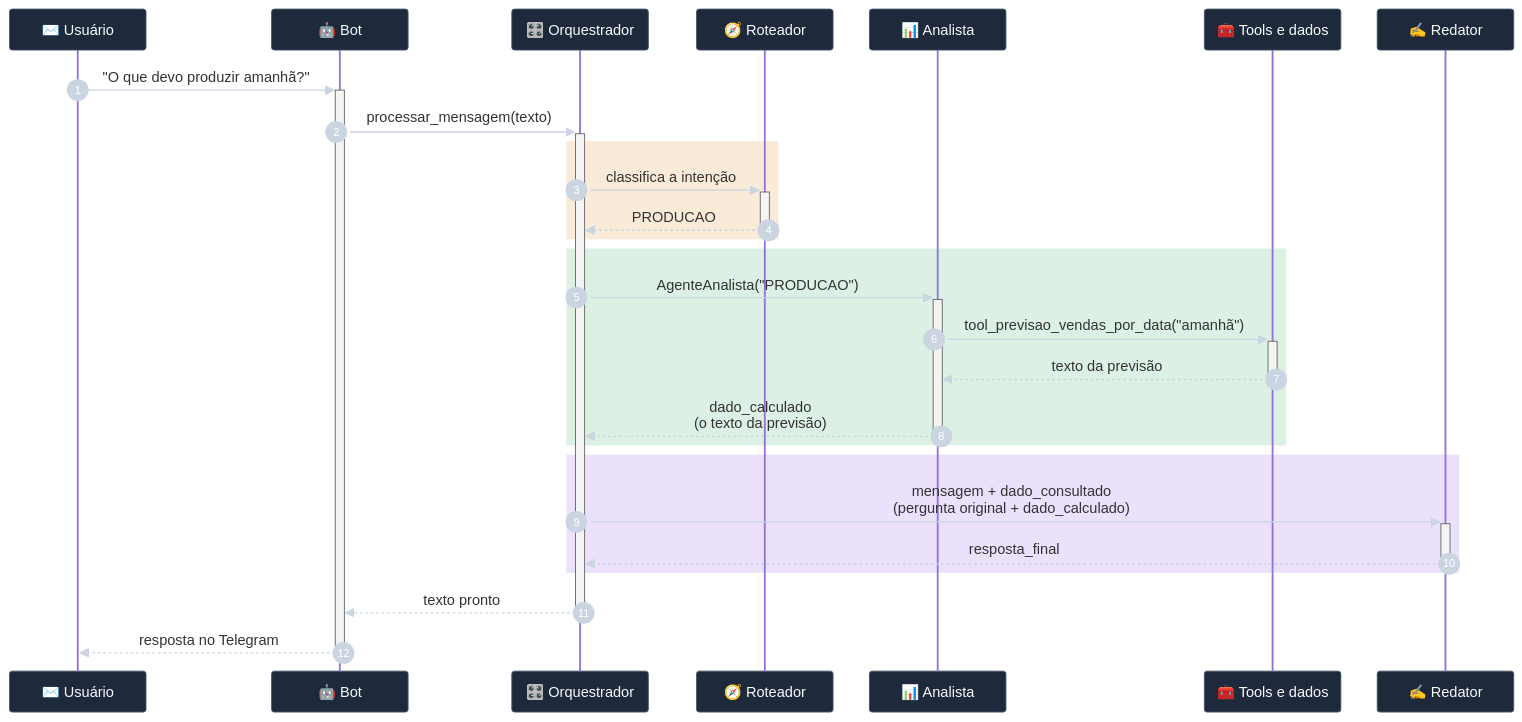
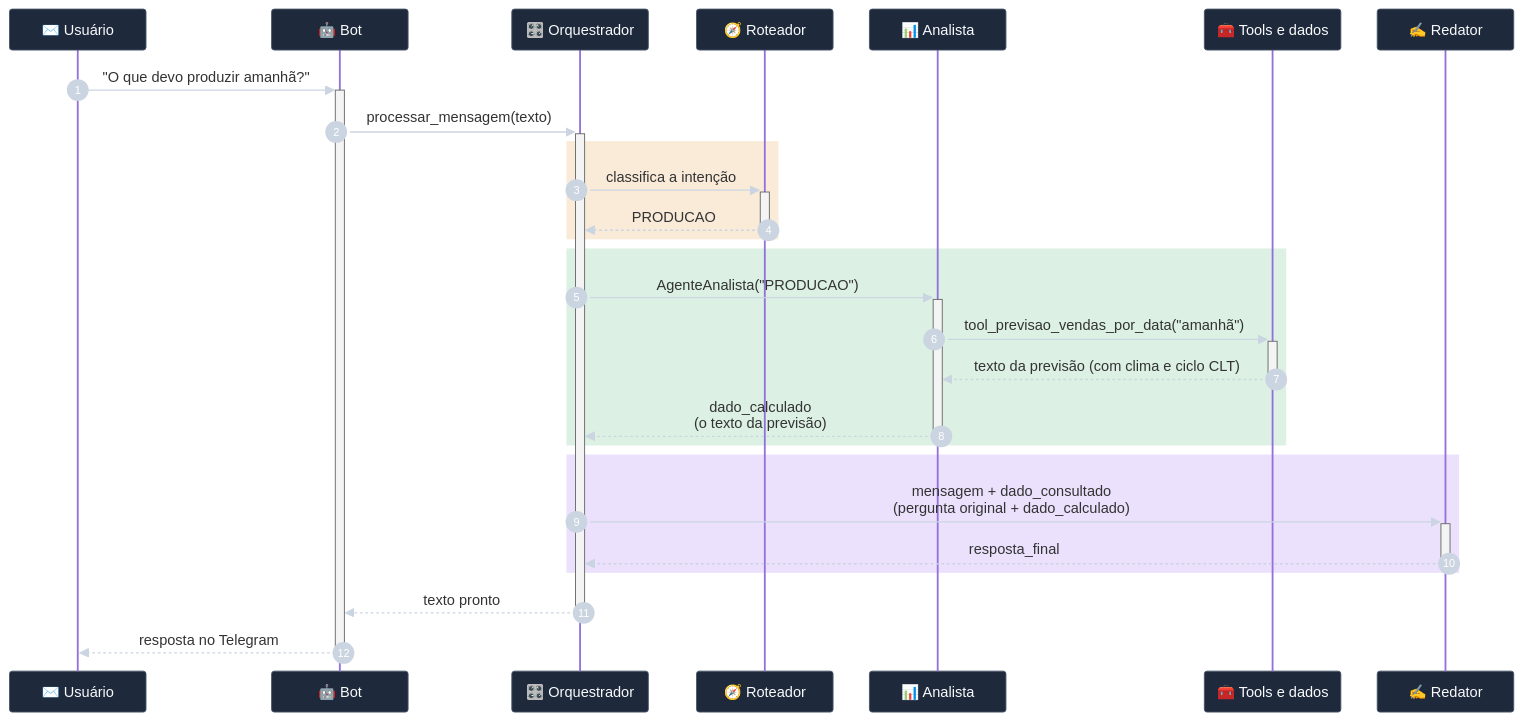
Before and after one commit to McLorem-Tecnologia/api-1-semestre-2026: the fourth of 4 diagrams in docs/cliente/tecnico/Arquitetura.md, drawn with Mermaid. The commit also changed other lines of this file and 8 other files, not shown here.

````diff
--- a/docs/cliente/tecnico/Arquitetura.md
+++ b/docs/cliente/tecnico/Arquitetura.md
@@ -400,44 +434,44 @@
 ```mermaid
 %%{init: {
   'sequence': {'mirrorActors': true, 'showSequenceNumbers': true, 'actorMargin': 40, 'messageMargin': 40, 'noteMargin': 10, 'width': 150, 'height': 45},
   'themeVariables': {
     'fontSize': '15px',
     'fontFamily': 'Inter, sans-serif',
     'actorBkg': '#1e293b', 'actorBorder': '#475569', 'actorTextColor': '#f8fafc',
     'signalColor': '#cbd5e1', 'sequenceNumberColor': '#ffffff'
   }
 }}%%
 sequenceDiagram
     autonumber
 
     participant U as ✉️ Usuário
     participant Bot as 🤖 Bot
     participant Msg as 🎛️ Orquestrador
     participant Rot as 🧭 Roteador
     participant Ana as 📊 Analista
     participant Dados as 🧰 Tools e dados
     participant Red as ✍️ Redator
 
     U->>+Bot: "O que devo produzir amanhã?"
     Bot->>+Msg: processar_mensagem(texto)
 
     rect rgba(217, 119, 6, 0.15)
         Msg->>+Rot: classifica a intenção
         Rot-->>-Msg: PRODUCAO
     end
 
     rect rgba(22, 163, 74, 0.15)
         Msg->>+Ana: AgenteAnalista("PRODUCAO")
         Ana->>+Dados: tool_previsao_vendas_por_data("amanhã")
-        Dados-->>-Ana: texto da previsão
+        Dados-->>-Ana: texto da previsão (com clima e ciclo CLT)
         Ana-->>-Msg: dado_calculado<br/>(o texto da previsão)
     end
 
     rect rgba(124, 58, 237, 0.15)
         Msg->>+Red: mensagem + dado_consultado<br/>(pergunta original + dado_calculado)
         Red-->>-Msg: resposta_final
     end
 
     Msg-->>-Bot: texto pronto
     Bot-->>-U: resposta no Telegram
 ```
````
